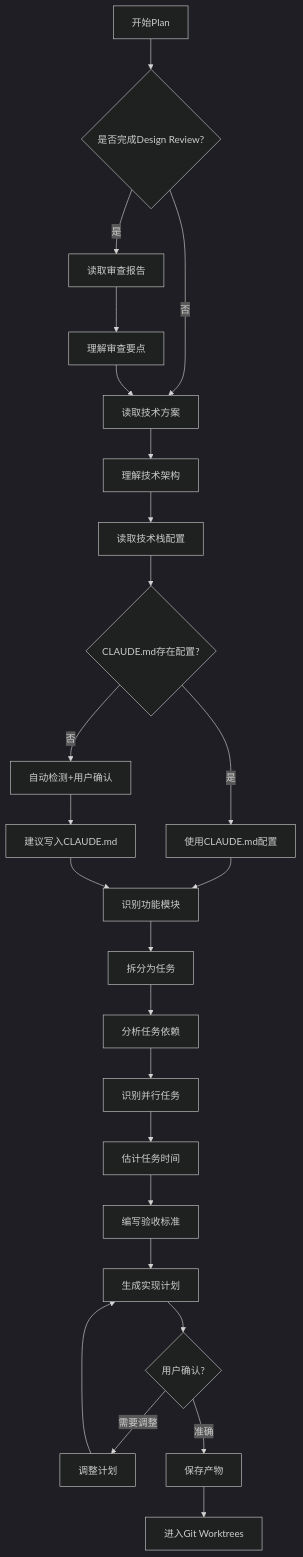
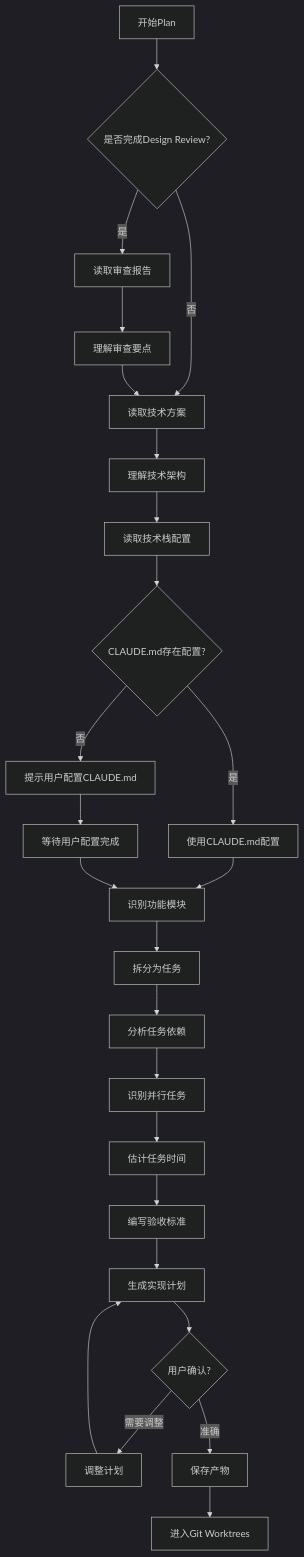
The second of 2 diagrams in .claude/designs/2026-02-26_Skill_Plan_v1.0.md (ymm512/Cadence-skills), drawn with Mermaid (dark theme) before and after one commit. The commit also changed other lines of this file and 6 other files, not shown here.

````diff
--- a/.claude/designs/2026-02-26_Skill_Plan_v1.0.md
+++ b/.claude/designs/2026-02-26_Skill_Plan_v1.0.md
@@ -90,34 +90,34 @@
 ```mermaid
 graph TB
     A[开始Plan] --> A1{是否完成Design Review?}
 
     A1 -->|是| B[读取审查报告]
     A1 -->|否| C[读取技术方案]
 
     B --> B1[理解审查要点]
     B1 --> C
 
     C --> C1[理解技术架构]
     C1 --> C2[读取技术栈配置]
 
     C2 --> C3{CLAUDE.md存在配置?}
     C3 -->|是| C4[使用CLAUDE.md配置]
-    C3 -->|否| C5[自动检测+用户确认]
+    C3 -->|否| C5[提示用户配置CLAUDE.md]
 
-    C5 --> C6[建议写入CLAUDE.md]
+    C5 --> C6[等待用户配置完成]
     C4 --> D
     C6 --> D
 
     D[识别功能模块] --> E[拆分为任务]
     E --> F[分析任务依赖]
     F --> G[识别并行任务]
     G --> H[估计任务时间]
     H --> I[编写验收标准]
     I --> J[生成实现计划]
     J --> K{用户确认?}
 
     K -->|需要调整| L[调整计划]
     L --> J
     K -->|准确| M[保存产物]
     M --> N[进入Git Worktrees]
 ```
````
